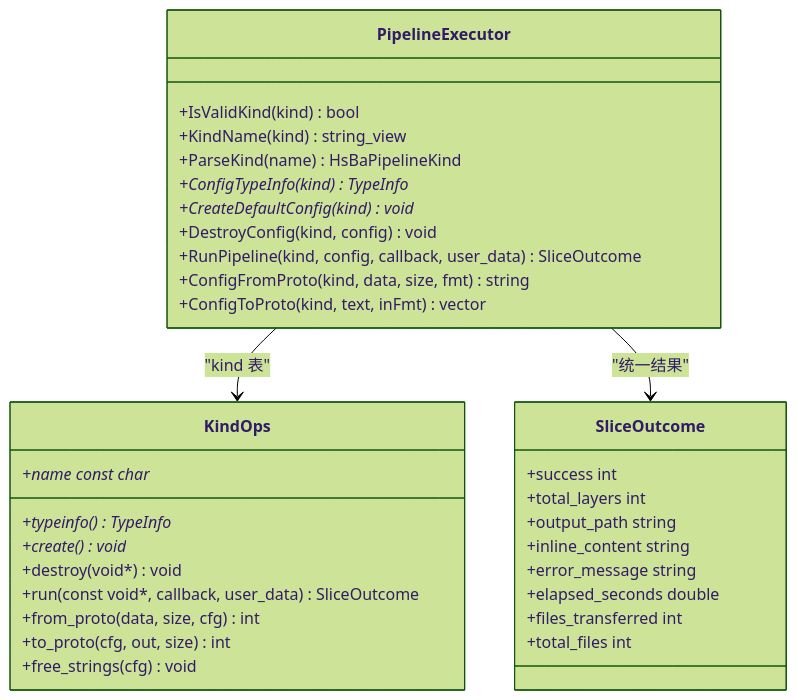
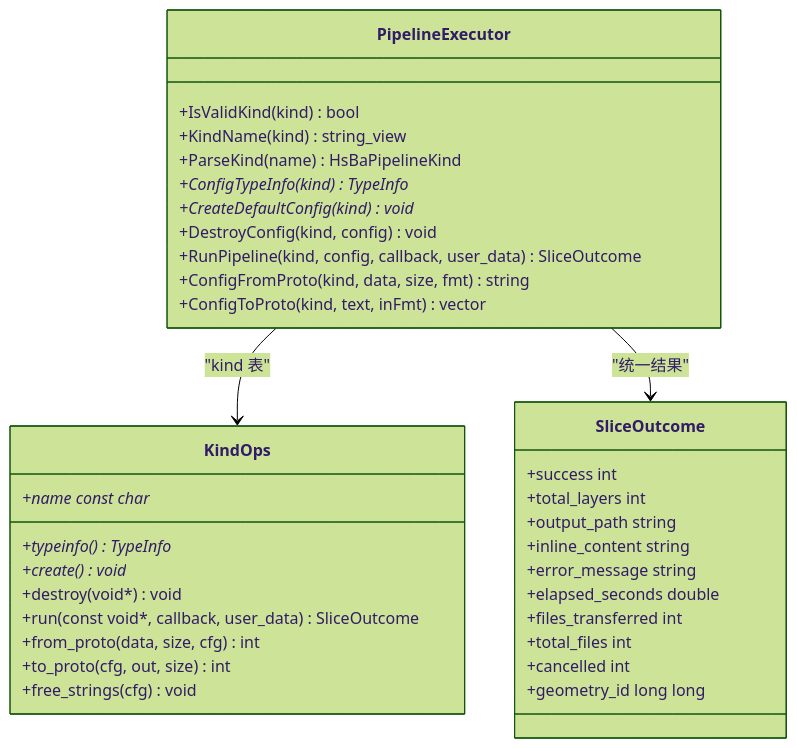
One commit to hsmbanlance/HsBaSlicer changed the tenth of 16 diagrams in .qoder/repowiki/zh/content/高级主题/REST API 服务进程.md. Above: the diagram before and after it, drawn with Mermaid (forest theme). The commit also changed other lines of this file and 101 other files, not shown here.

````diff
--- a/.qoder/repowiki/zh/content/高级主题/REST API 服务进程.md
+++ b/.qoder/repowiki/zh/content/高级主题/REST API 服务进程.md
@@ -335,36 +426,38 @@
 ```mermaid
 classDiagram
 class PipelineExecutor {
 +IsValidKind(kind) bool
 +KindName(kind) string_view
 +ParseKind(name) HsBaPipelineKind
 +ConfigTypeInfo(kind) TypeInfo*
 +CreateDefaultConfig(kind) void*
 +DestroyConfig(kind, config) void
 +RunPipeline(kind, config, callback, user_data) SliceOutcome
 +ConfigFromProto(kind, data, size, fmt) string
 +ConfigToProto(kind, text, inFmt) vector<unsigned char>
 }
 class KindOps {
 +name const char*
 +typeinfo() TypeInfo*
 +create() void*
 +destroy(void*) void
 +run(const void*, callback, user_data) SliceOutcome
 +from_proto(data, size, cfg) int
 +to_proto(cfg, out, size) int
 +free_strings(cfg) void
 }
 class SliceOutcome {
 +success int
 +total_layers int
 +output_path string
 +inline_content string
 +error_message string
 +elapsed_seconds double
 +files_transferred int
 +total_files int
++cancelled int
++geometry_id long long
 }
 PipelineExecutor --> KindOps : "kind 表"
 PipelineExecutor --> SliceOutcome : "统一结果"
 ```
````
